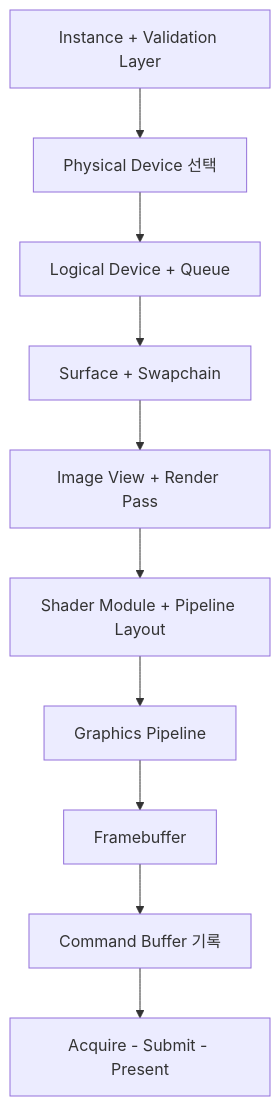
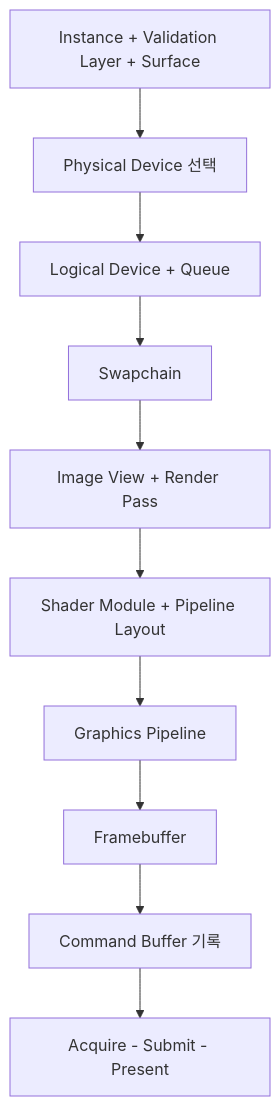
The third of 3 diagrams in graphics/stage3_vk_fund_02_vulkan_core.md (Rein-ArXiv/game-dev-curriculum), drawn with Mermaid before and after one commit. The commit also changed other lines of this file and 1129 other files, not shown here.

````diff
--- a/graphics/stage3_vk_fund_02_vulkan_core.md
+++ b/graphics/stage3_vk_fund_02_vulkan_core.md
@@ -482,12 +482,12 @@
 ```mermaid
 flowchart TB
-    A[Instance + Validation Layer] --> B[Physical Device 선택]
+    A[Instance + Validation Layer + Surface] --> B[Physical Device 선택]
     B --> C[Logical Device + Queue]
-    C --> D[Surface + Swapchain]
+    C --> D[Swapchain]
     D --> E[Image View + Render Pass]
     E --> F[Shader Module + Pipeline Layout]
     F --> G[Graphics Pipeline]
     G --> H[Framebuffer]
     H --> I[Command Buffer 기록]
     I --> J[Acquire - Submit - Present]
 ```
````
